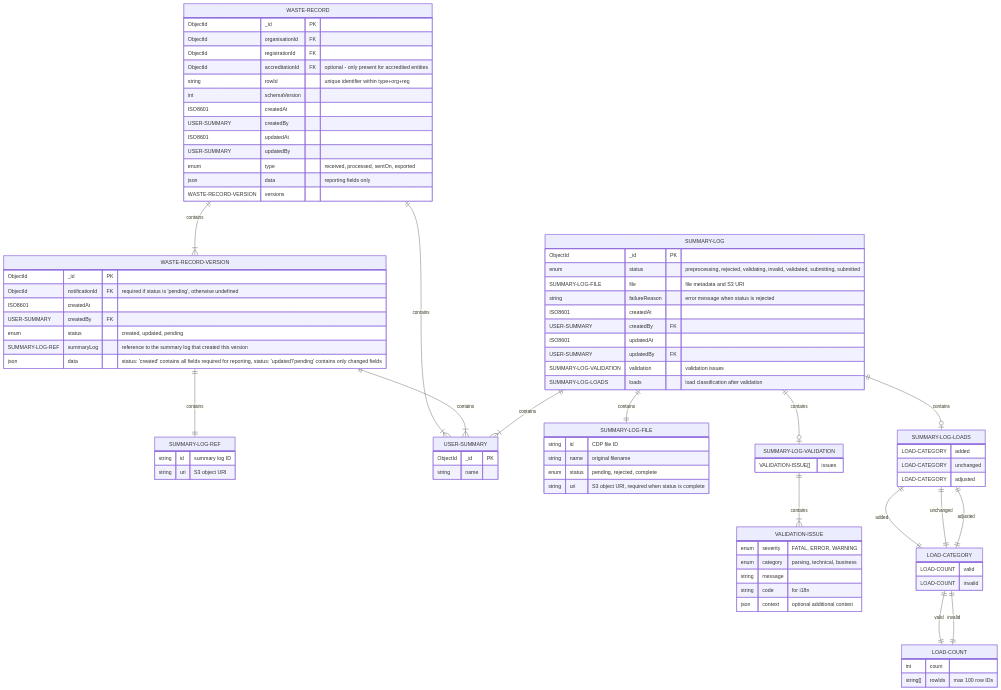
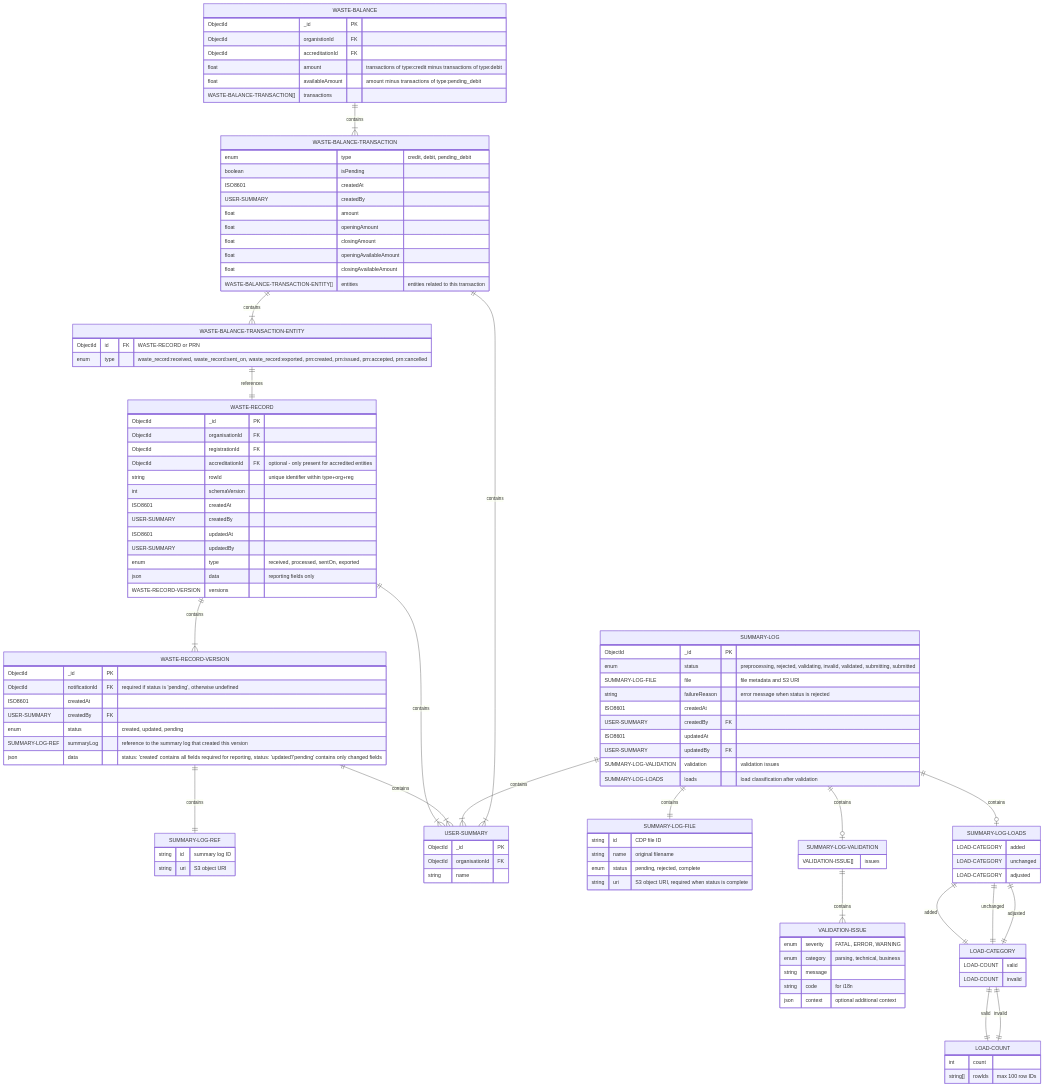
One commit to DEFRA/epr-re-ex-service changed the first of 3 diagrams in docs/architecture/discovery/pepr-lld.md. Above: the diagram before and after it, drawn with Mermaid. The commit also changed other lines of this file and 1 other file, not shown here.

Commit message:
PAE-243: add waste balance detail to LLD

````diff
--- a/docs/architecture/discovery/pepr-lld.md
+++ b/docs/architecture/discovery/pepr-lld.md
@@ -343,6 +344,7 @@
 
   USER-SUMMARY {
     ObjectId _id PK
+    ObjectId organisationId FK
     string name
   }
 
@@ -394,6 +396,33 @@
     string[] rowIds "max 100 row IDs"
   }
 
+  WASTE-BALANCE {
+    ObjectId _id PK
+    ObjectId organistionId FK
+    ObjectId accreditationId FK
+    float amount "transactions of type:credit minus transactions of type:debit"
+    float availableAmount "amount minus transactions of type:pending_debit"
+    WASTE-BALANCE-TRANSACTION[] transactions
+  }
+
+  WASTE-BALANCE-TRANSACTION {
+    enum type "credit, debit, pending_debit"
+    boolean isPending
+    ISO8601 createdAt
+    USER-SUMMARY createdBy
+    float amount
+    float openingAmount
+    float closingAmount
+    float openingAvailableAmount
+    float closingAvailableAmount
+    WASTE-BALANCE-TRANSACTION-ENTITY[] entities "entities related to this transaction"
+  }
+
+  WASTE-BALANCE-TRANSACTION-ENTITY {
+    ObjectId id FK "WASTE-RECORD or PRN"
+    enum type "waste_record:received, waste_record:sent_on, waste_record:exported, prn:created, prn:issued, prn:accepted, prn:cancelled"
+  }
+
   WASTE-RECORD ||--|{ WASTE-RECORD-VERSION : contains
   WASTE-RECORD ||--|{ USER-SUMMARY : contains
   WASTE-RECORD-VERSION ||--|{ USER-SUMMARY : contains
@@ -408,4 +437,8 @@
   SUMMARY-LOG-LOADS ||--|| LOAD-CATEGORY : "adjusted"
   LOAD-CATEGORY ||--|| LOAD-COUNT : "valid"
   LOAD-CATEGORY ||--|| LOAD-COUNT : "invalid"
+  WASTE-BALANCE ||--|{ WASTE-BALANCE-TRANSACTION : contains
+  WASTE-BALANCE-TRANSACTION ||--|{ USER-SUMMARY : contains
+  WASTE-BALANCE-TRANSACTION ||--|{ WASTE-BALANCE-TRANSACTION-ENTITY : contains
+  WASTE-BALANCE-TRANSACTION-ENTITY ||--|| WASTE-RECORD : references
 ```
````
